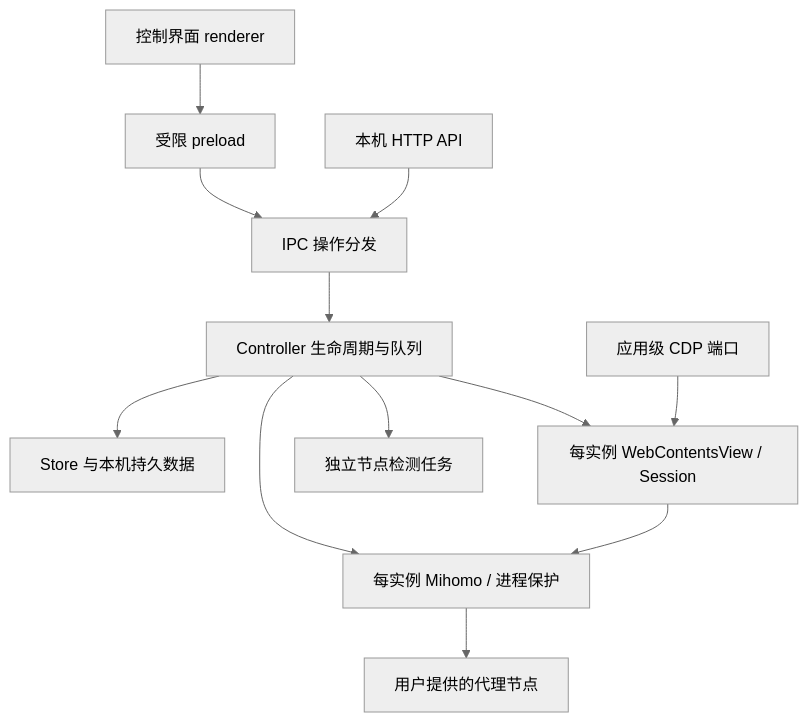
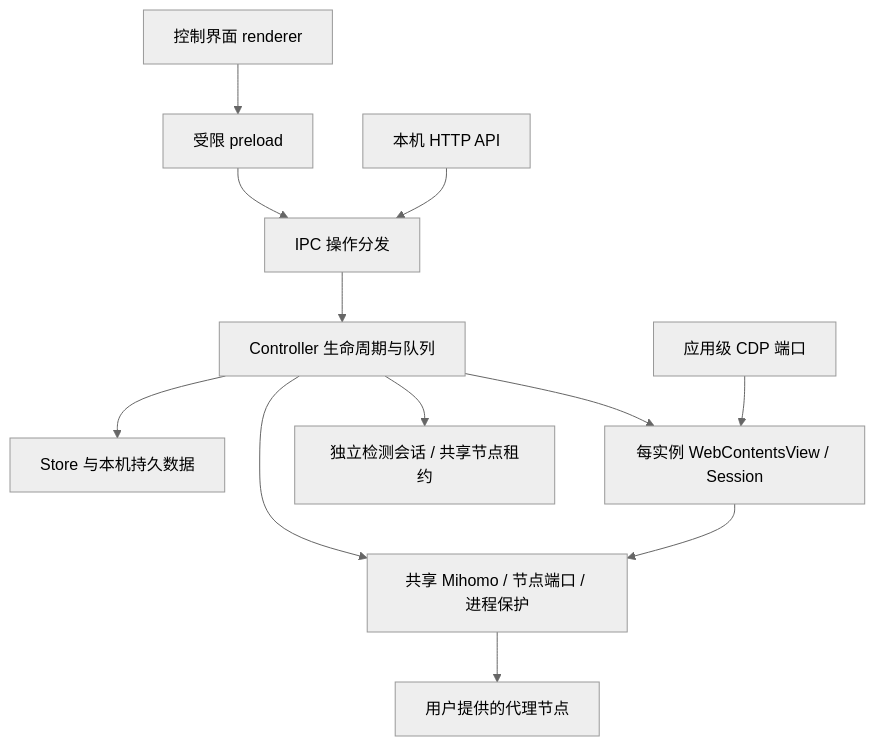
One commit to HEYD66/facet changed the diagram in docs/PROJECT.md. Above: the diagram before and after it, drawn with Mermaid (neutral theme). The commit also changed other lines of this file and 23 other files, not shown here.

````diff
--- a/docs/PROJECT.md
+++ b/docs/PROJECT.md
@@ -40,14 +40,14 @@
 ```mermaid
 flowchart TD
     UI[控制界面 renderer] --> P[受限 preload]
     P --> IPC[IPC 操作分发]
     API[本机 HTTP API] --> IPC
     IPC --> C[Controller 生命周期与队列]
     C --> S[Store 与本机持久数据]
     C --> W[每实例 WebContentsView / Session]
-    C --> M[每实例 Mihomo / 进程保护]
-    C --> D[独立节点检测任务]
+    C --> M[共享 Mihomo / 节点端口 / 进程保护]
+    C --> D[独立检测会话 / 共享节点租约]
     CDP[应用级 CDP 端口] --> W
     W --> M
     M --> N[用户提供的代理节点]
 ```
````
